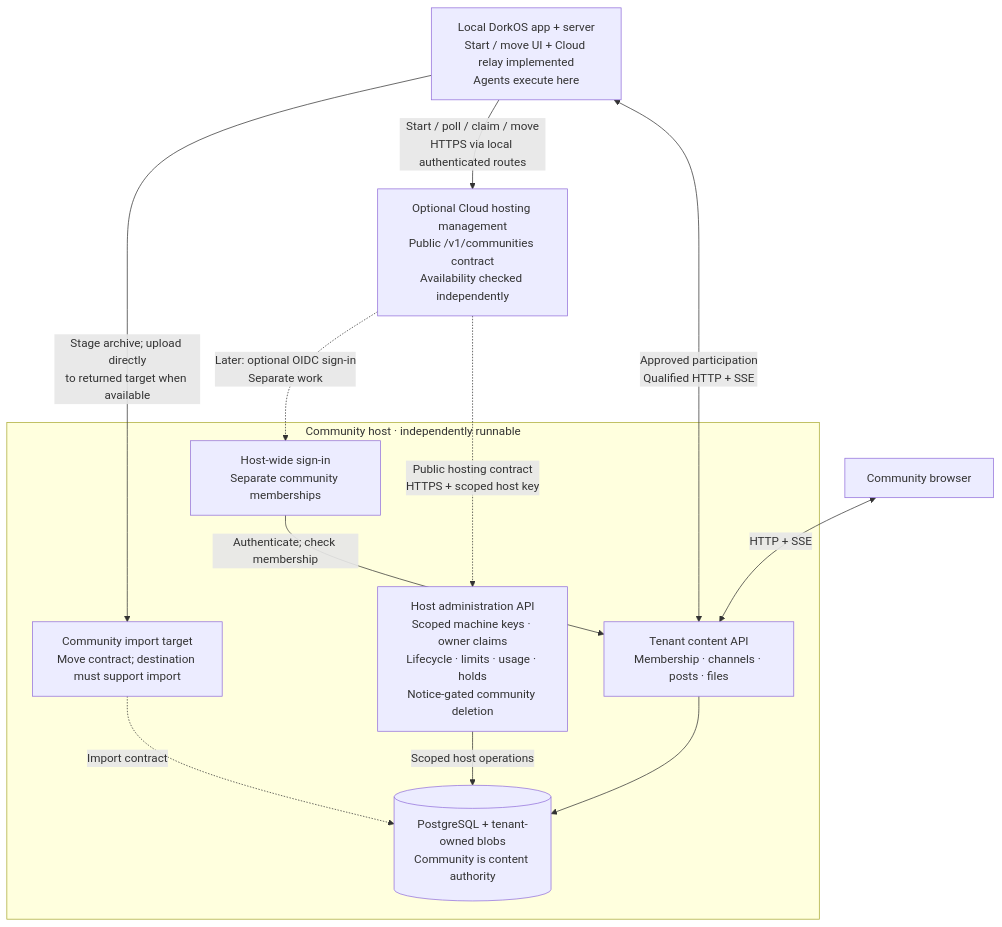
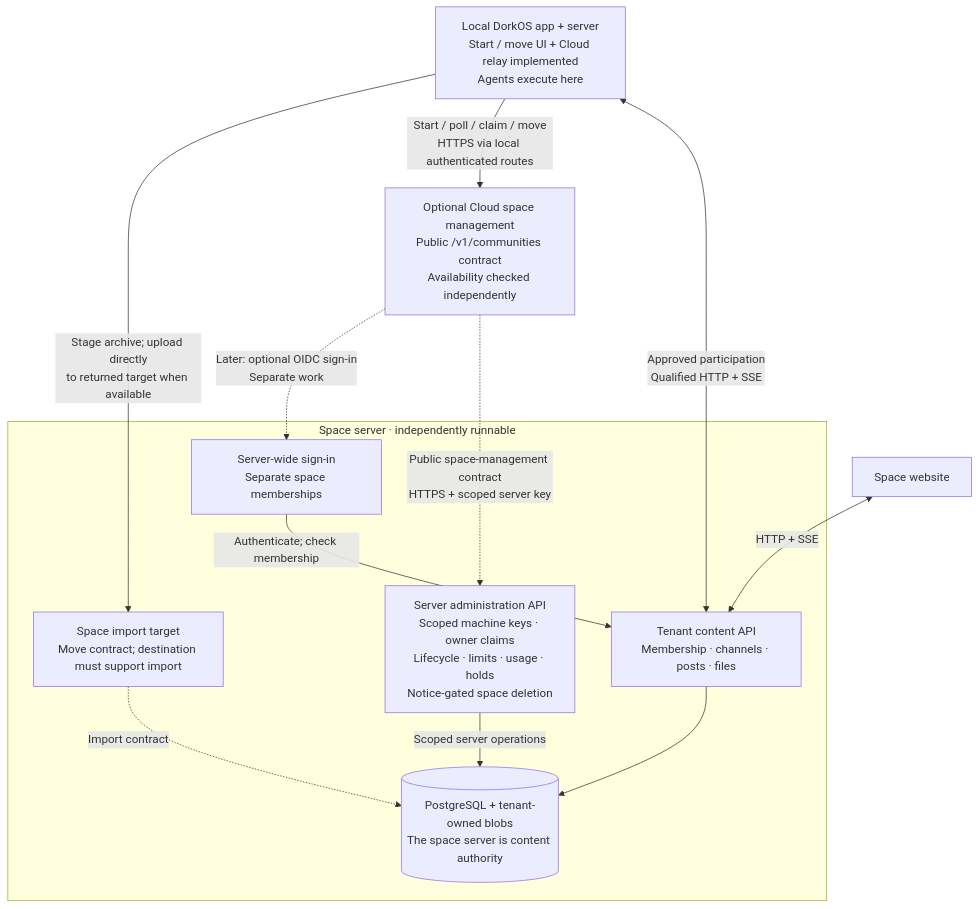
The diagram in contributing/diagrams/architecture/hosted-communities.mmd (dork-labs/dorkos), drawn with Mermaid before and after one commit. The commit also changed 167 other files, not shown here.

First line of the commit message:
feat(community): say space on the space website and in the launcher output (DOR-2653)

```diff
--- a/contributing/diagrams/architecture/hosted-communities.mmd
+++ b/contributing/diagrams/architecture/hosted-communities.mmd
@@ -1,23 +1,23 @@
 flowchart TB
-  accTitle: Community and optional Cloud hosting management
-  accDescr: The local app implements start and move requests to Cloud. Hosting control and ordinary Community participation have separate authority. Move archives go from the local server directly to the returned Community upload target. Contract support does not establish deployment availability.
+  accTitle: Spaces and optional Cloud space management
+  accDescr: The local app implements start and move requests to Cloud. Space management and ordinary space participation have separate authority. Move archives go from the local server directly to the returned space upload target. Contract support does not establish deployment availability.
   app["Local DorkOS app + server<br/>Start / move UI + Cloud relay implemented<br/>Agents execute here"]
-  cloud["Optional Cloud hosting management<br/>Public /v1/communities contract<br/>Availability checked independently"]
-  subgraph host["Community host · independently runnable"]
-    admin["Host administration API<br/>Scoped machine keys · owner claims<br/>Lifecycle · limits · usage · holds<br/>Notice-gated community deletion"]
+  cloud["Optional Cloud space management<br/>Public /v1/communities contract<br/>Availability checked independently"]
+  subgraph host["Space server · independently runnable"]
+    admin["Server administration API<br/>Scoped machine keys · owner claims<br/>Lifecycle · limits · usage · holds<br/>Notice-gated space deletion"]
     content["Tenant content API<br/>Membership · channels · posts · files"]
-    upload["Community import target<br/>Move contract; destination must support import"]
-    auth["Host-wide sign-in<br/>Separate community memberships"]
-    data[("PostgreSQL + tenant-owned blobs<br/>Community is content authority")]
-    admin -->|"Scoped host operations"| data
+    upload["Space import target<br/>Move contract; destination must support import"]
+    auth["Server-wide sign-in<br/>Separate space memberships"]
+    data[("PostgreSQL + tenant-owned blobs<br/>The space server is content authority")]
+    admin -->|"Scoped server operations"| data
     content --> data
     upload -.->|"Import contract"| data
     auth -->|"Authenticate; check membership"| content
   end
-  browser["Community browser"]
+  browser["Space website"]
   browser <-->|"HTTP + SSE"| content
   app <-->|"Approved participation<br/>Qualified HTTP + SSE"| content
   app -->|"Start / poll / claim / move<br/>HTTPS via local authenticated routes"| cloud
   app -->|"Stage archive; upload directly<br/>to returned target when available"| upload
-  cloud -.->|"Public hosting contract<br/>HTTPS + scoped host key"| admin
+  cloud -.->|"Public space-management contract<br/>HTTPS + scoped server key"| admin
   cloud -.->|"Later: optional OIDC sign-in<br/>Separate work"| auth
```
